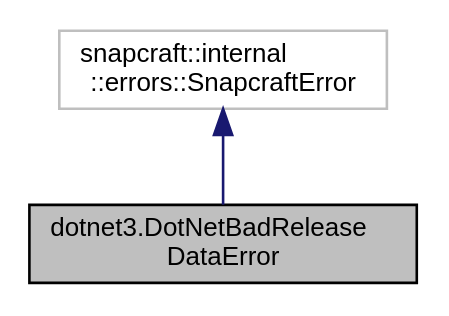
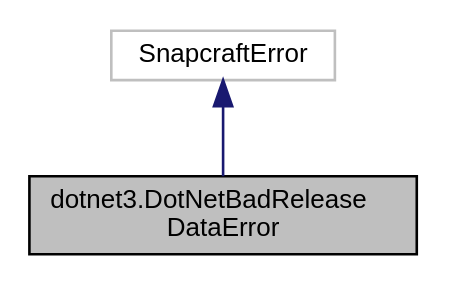
Before and after one commit to MadeByEmil/Pigmeat: the diagram in classdotnet3_1_1_dot_net_bad_release_data_error__coll__graph.dot, drawn with Graphviz. The commit also changed 251 other files, not shown here.

```diff
--- a/classdotnet3_1_1_dot_net_bad_release_data_error__coll__graph.dot
+++ b/classdotnet3_1_1_dot_net_bad_release_data_error__coll__graph.dot
@@ -1,9 +1,9 @@
 digraph "dotnet3.DotNetBadReleaseDataError"
 {
  // LATEX_PDF_SIZE
   edge [fontname="Helvetica",fontsize="10",labelfontname="Helvetica",labelfontsize="10"];
   node [fontname="Helvetica",fontsize="10",shape=record];
   Node1 [label="dotnet3.DotNetBadRelease\lDataError",height=0.2,width=0.4,color="black", fillcolor="grey75", style="filled", fontcolor="black",tooltip=" "];
   Node2 -> Node1 [dir="back",color="midnightblue",fontsize="10",style="solid",fontname="Helvetica"];
-  Node2 [label="snapcraft::internal\l::errors::SnapcraftError",height=0.2,width=0.4,color="grey75", fillcolor="white", style="filled",tooltip=" "];
+  Node2 [label="SnapcraftError",height=0.2,width=0.4,color="grey75", fillcolor="white", style="filled",tooltip=" "];
 }
```
